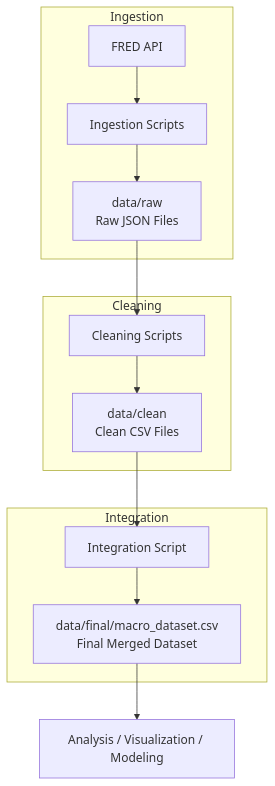
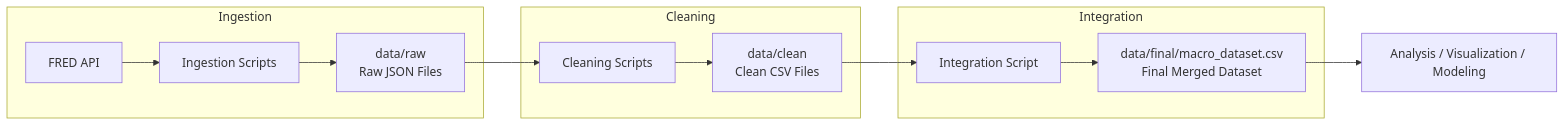
The diagram in README.md (egeecagan/econ-data-pipeline), drawn with Mermaid before and after one commit.

````diff
--- a/README.md
+++ b/README.md
@@ -7,26 +7,23 @@
 ```mermaid
 %%{init: {'config': {'layout': 'fixed'}}}%%
-flowchart TB
- subgraph INGESTION["Ingestion"]
+flowchart LR
+
+    subgraph INGESTION["Ingestion"]
         A["FRED API"]
         B["Ingestion Scripts"]
         R["data/raw<br>Raw JSON Files"]
-  end
- subgraph CLEANING["Cleaning"]
+    end
+
+    subgraph CLEANING["Cleaning"]
         C["Cleaning Scripts"]
         CSTORE["data/clean<br>Clean CSV Files"]
-  end
- subgraph INTEGRATION["Integration"]
+    end
+
+    subgraph INTEGRATION["Integration"]
         D["Integration Script"]
         F["data/final/macro_dataset.csv<br>Final Merged Dataset"]
-  end
-    A --> B
-    B --> R
-    R --> C
-    C --> CSTORE
-    CSTORE L_CSTORE_D_0@--> D
-    D --> F
-    F --> ANALYSIS["Analysis / Visualization / Modeling"]
+    end
 
-    L_CSTORE_D_0@{ curve: natural }
+    A --> B --> R --> C --> CSTORE --> D --> F --> ANALYSIS["Analysis / Visualization / Modeling"]
+
 ```
````
